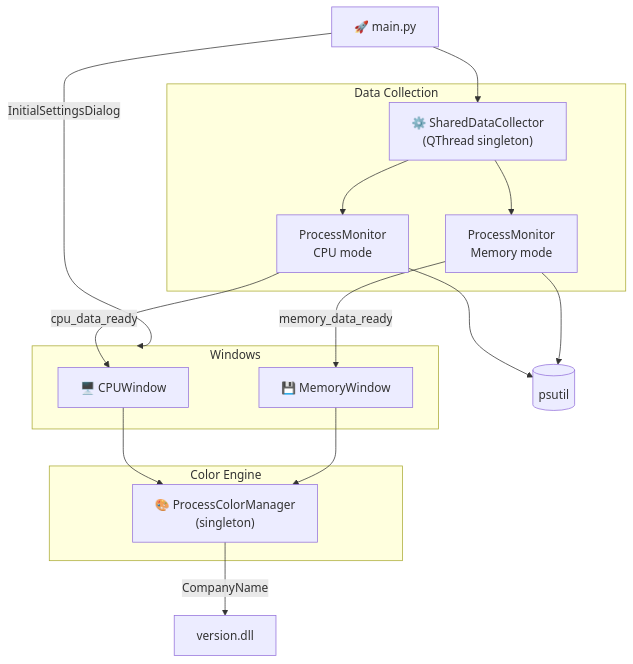
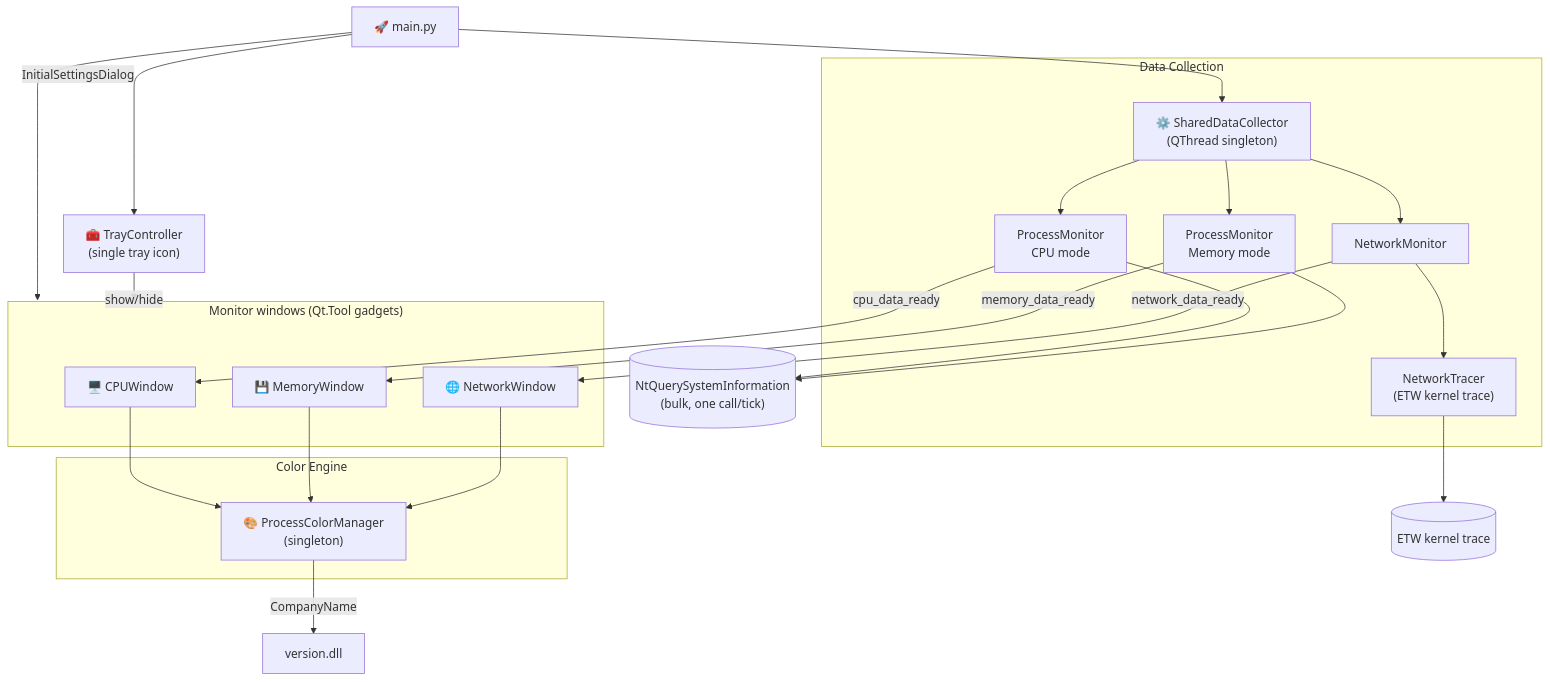
One commit to UVuruna/Vitals changed the first of 2 diagrams in README.md. Above: the diagram before and after it, drawn with Mermaid. The commit also changed other lines of this file and 9 other files, not shown here.

First line of the commit message:
2.0.229 Documentation — rewrite stale app docs, add persistence/tray/network_monitor docs

````diff
--- a/README.md
+++ b/README.md
@@ -115,31 +133,44 @@
 ```mermaid
+%%{init: {'flowchart': {'subGraphTitleMargin': {'top': 0, 'bottom': 35}}}}%%
 flowchart TB
     main["🚀 main.py"]
 
-    subgraph UI["Windows"]
+    subgraph UI["Monitor windows (Qt.Tool gadgets)"]
         CPU["🖥️ CPUWindow"]
         MEM["💾 MemoryWindow"]
+        NET["🌐 NetworkWindow"]
     end
+
+    TRAY["🧰 TrayController\n(single tray icon)"]
 
     subgraph COLLECT["Data Collection"]
         SDC["⚙️ SharedDataCollector\n(QThread singleton)"]
         PM1["ProcessMonitor\nCPU mode"]
         PM2["ProcessMonitor\nMemory mode"]
+        NM["NetworkMonitor"]
+        NT["NetworkTracer\n(ETW kernel trace)"]
     end
 
     subgraph COLORS["Color Engine"]
         PCM["🎨 ProcessColorManager\n(singleton)"]
     end
 
     main -->|InitialSettingsDialog| UI
+    main --> TRAY
     main --> SDC
+    TRAY -->|show/hide| UI
     SDC --> PM1
     SDC --> PM2
+    SDC --> NM
+    NM --> NT
     PM1 -->|cpu_data_ready| CPU
     PM2 -->|memory_data_ready| MEM
+    NM -->|network_data_ready| NET
     CPU --> PCM
     MEM --> PCM
-    PM1 --> psutil[(psutil)]
-    PM2 --> psutil
+    NET --> PCM
+    PM1 --> NtQSI[("NtQuerySystemInformation\n(bulk, one call/tick)")]
+    PM2 --> NtQSI
+    NT --> ETW[("ETW kernel trace")]
     PCM -->|CompanyName| ver["version.dll"]
 ```
````
